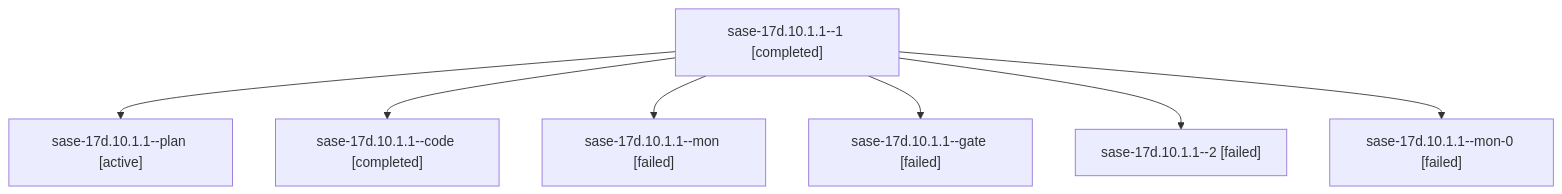
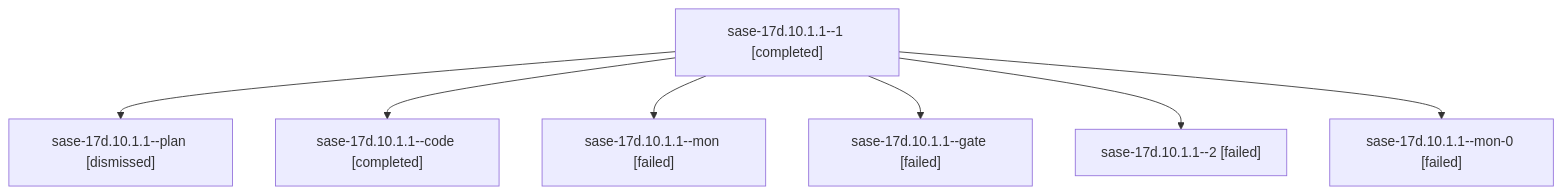
Before and after one commit to sase-org/sase--agents: the diagram in sessions/bbugyi200.athena.sase-17d.10.1.1.md, drawn with Mermaid. The commit also changed other lines of this file and 142 other files, not shown here.

````diff
--- a/sessions/bbugyi200.athena.sase-17d.10.1.1.md
+++ b/sessions/bbugyi200.athena.sase-17d.10.1.1.md
@@ -9,16 +9,16 @@
 ```mermaid
 flowchart TD
   n0["sase-17d.10.1.1--1 [completed]"]
-  n1["sase-17d.10.1.1--plan [active]"]
+  n1["sase-17d.10.1.1--plan [dismissed]"]
   n0 --> n1
   n2["sase-17d.10.1.1--code [completed]"]
   n0 --> n2
   n3["sase-17d.10.1.1--mon [failed]"]
   n0 --> n3
   n4["sase-17d.10.1.1--gate [failed]"]
   n0 --> n4
   n5["sase-17d.10.1.1--2 [failed]"]
   n0 --> n5
   n6["sase-17d.10.1.1--mon-0 [failed]"]
   n0 --> n6
 ```
````
